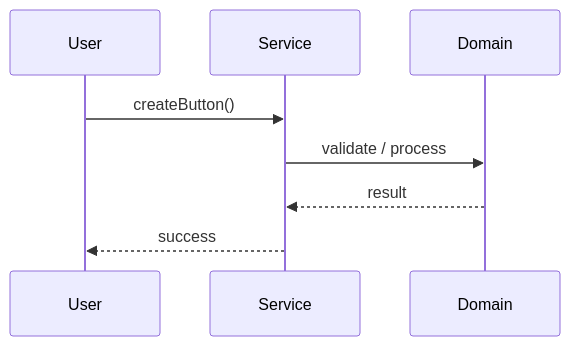
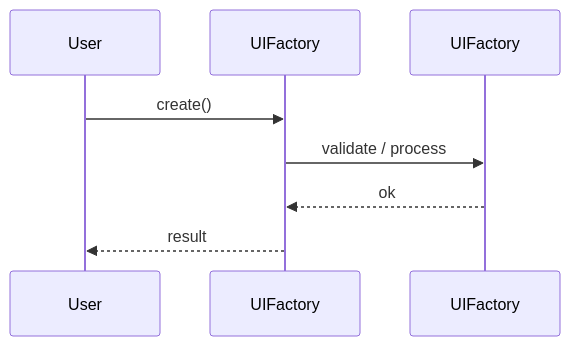
The second of 3 diagrams in Learn/System Design - Low Level Design/03-design-patterns/questions/Q03-abstract-factory-ui.md (madhupaila/Interview-Prep-SSE), drawn with Mermaid before and after one commit. The commit also changed other lines of this file and 491 other files, not shown here.

````diff
--- a/Learn/System Design - Low Level Design/03-design-patterns/questions/Q03-abstract-factory-ui.md
+++ b/Learn/System Design - Low Level Design/03-design-patterns/questions/Q03-abstract-factory-ui.md
@@ -121,10 +146,10 @@
 ```mermaid
 sequenceDiagram
-    participant U as User
-    participant S as Service
-    participant D as Domain
-    U->>S: createButton()
-    S->>D: validate / process
-    D-->>S: result
-    S-->>U: success
+participant U as User
+participant S as UIFactory
+participant D as UIFactory
+U->>S: create()
+S->>D: validate / process
+D-->>S: ok
+S-->>U: result
 ```
````
